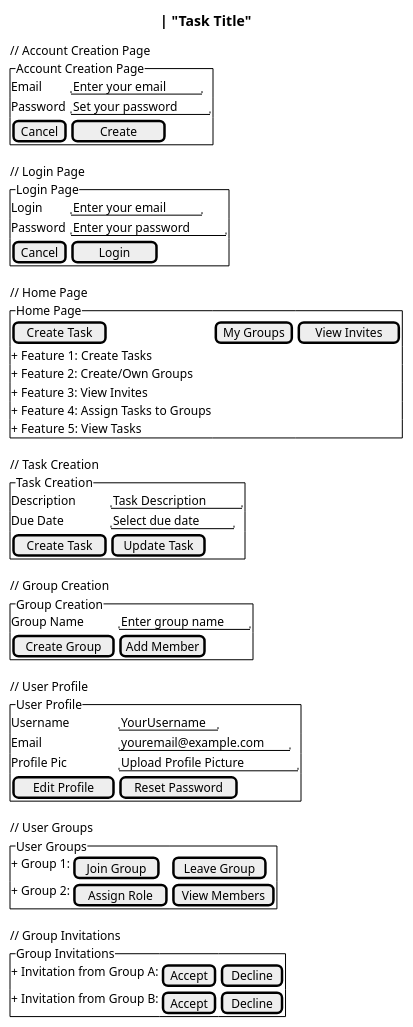
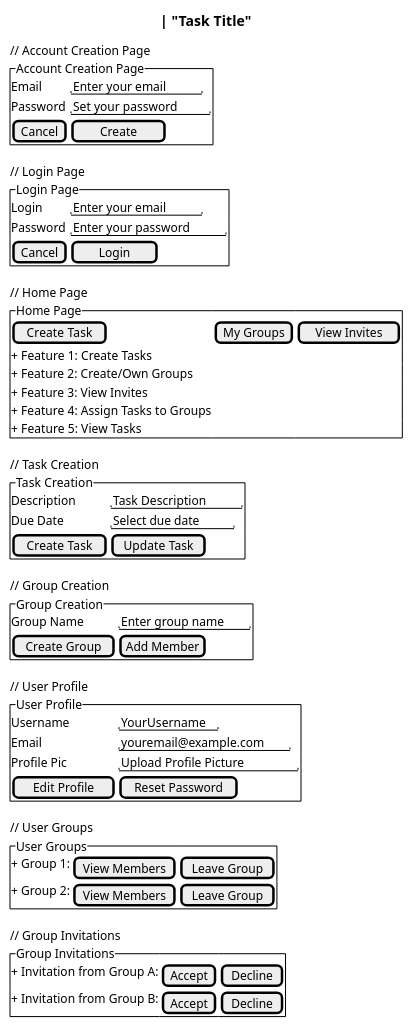
One commit to OmerEgeOzyaba/CSCI3100-project changed the diagram in documentation/Design_Implementation/user_interface_wireframe_design.puml. Above: the diagram before and after it, drawn with PlantUML.

```diff
--- a/documentation/Design_Implementation/user_interface_wireframe_design.puml
+++ b/documentation/Design_Implementation/user_interface_wireframe_design.puml
@@ -1,63 +1,63 @@
 @startsalt
 {
   Title CULink
 
   // Account Creation Page
     {^Account Creation Page
       Email    | "Enter your email"
       Password | "Set your password"
       [Cancel] | [  Create   ]
     }
 
   // Login Page
   {^Login Page
     Login    | "Enter your email"
     Password | "Enter your password"
     [Cancel] | [  Login   ]
   }
 
   // Home Page
   {^Home Page
     [Create Task] | [My Groups] | [View Invites]
     + Feature 1: Create Tasks
     + Feature 2: Create/Own Groups
     + Feature 3: View Invites
     + Feature 4: Assign Tasks to Groups
     + Feature 5: View Tasks
   }
 
   // Task Creation
   {^Task Creation
     Title       | "Task Title"
     Description | "Task Description"
     Due Date    | "Select due date"
     [Create Task] | [Update Task]
   }
 
   // Group Creation
   {^Group Creation
     Group Name | "Enter group name"
     [Create Group] | [Add Member]
   }
 
   // User Profile
   {^User Profile
     Username      | "YourUsername"
     Email         | "youremail@example.com"
     Profile Pic   | "Upload Profile Picture"
     [Edit Profile] | [Reset Password]
   }
 
   // User Groups
   {^User Groups
-    + Group 1: | [Join Group] | [Leave Group]
-    + Group 2: | [Assign Role] | [View Members]
+    + Group 1: | [View Members] | [Leave Group]
+    + Group 2: | [View Members] | [Leave Group]
   }
 
   // Group Invitations
   {^Group Invitations
     + Invitation from Group A: | [Accept] | [Decline]
     + Invitation from Group B: | [Accept] | [Decline]
   }
 }
 @endsalt
```
